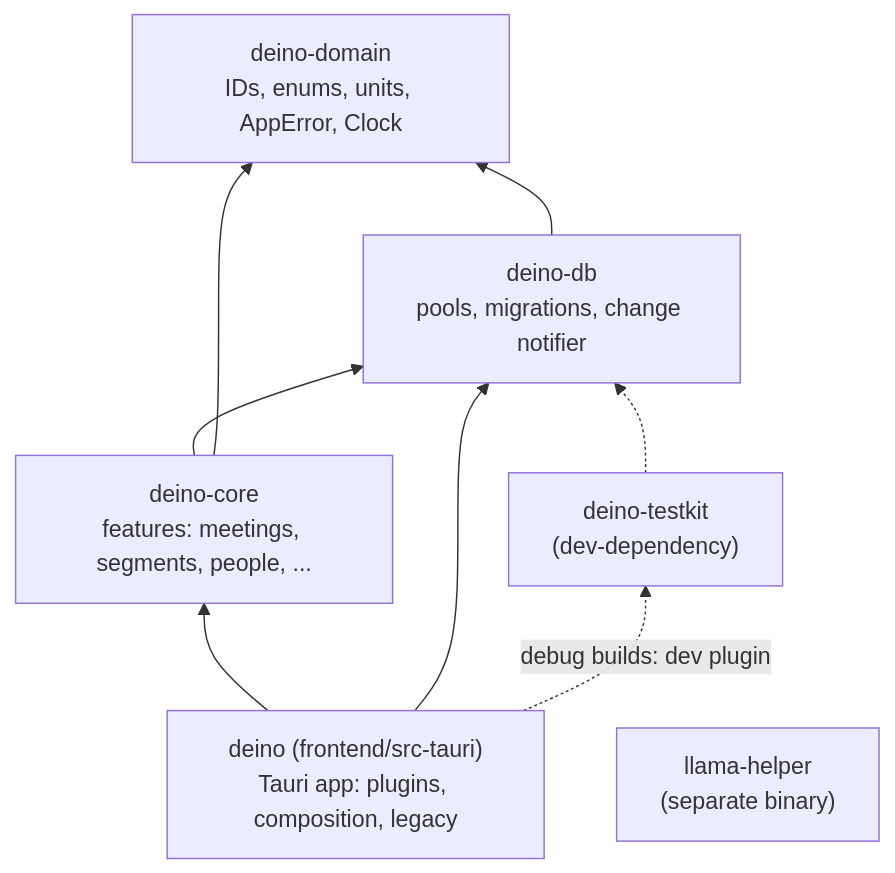
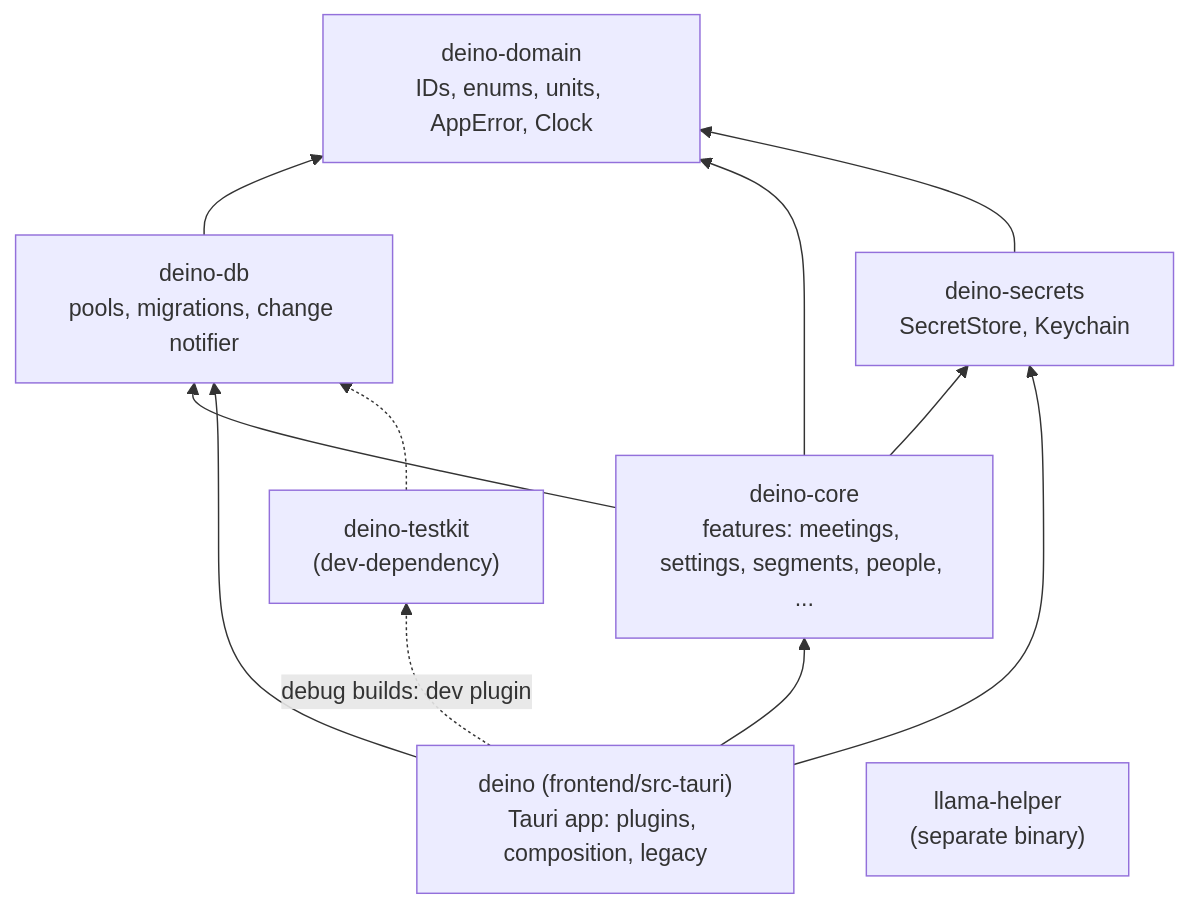
Before and after one commit to xenshreyas/Deino: the second of 5 diagrams in docs/ARCHITECTURE.md, drawn with Mermaid. The commit also changed other lines of this file and 5 other files, not shown here.

Commit message:
docs: FND-06 settings and Keychain secrets in the architecture, ADR 0012, READMEs and plan

````diff
--- a/docs/ARCHITECTURE.md
+++ b/docs/ARCHITECTURE.md
@@ -38,16 +40,20 @@
 ```mermaid
 flowchart BT
   domain["deino-domain<br/>IDs, enums, units, AppError, Clock"]
   db["deino-db<br/>pools, migrations, change notifier"]
-  core["deino-core<br/>features: meetings, segments, people, ..."]
+  core["deino-core<br/>features: meetings, settings, segments, people, ..."]
+  secrets["deino-secrets<br/>SecretStore, Keychain"]
   testkit["deino-testkit<br/>(dev-dependency)"]
   app["deino (frontend/src-tauri)<br/>Tauri app: plugins, composition, legacy"]
   helper["llama-helper<br/>(separate binary)"]
   db --> domain
   core --> db
   core --> domain
+  core --> secrets
+  secrets --> domain
   app --> core
   app --> db
+  app --> secrets
   app -. "debug builds: dev plugin" .-> testkit
   testkit -.-> db
 ```
````
